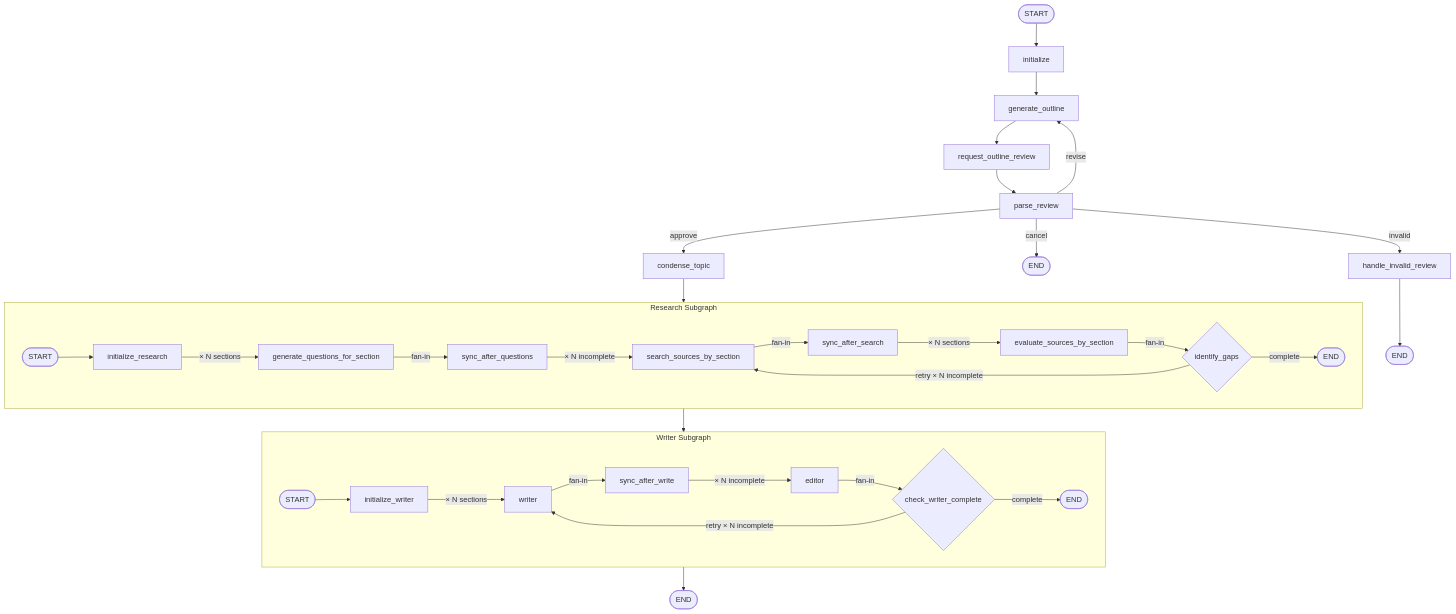
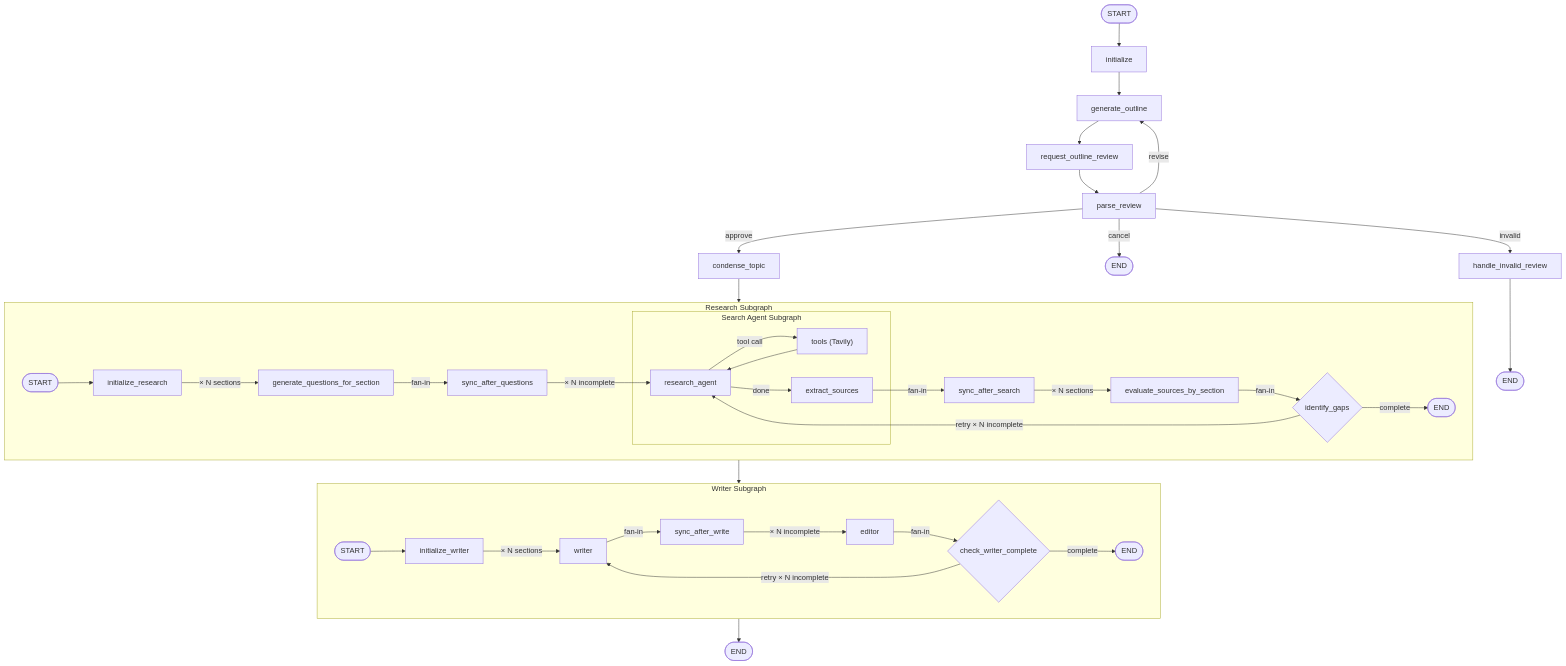
The diagram in README.md (RyanJones8538/langgraph-research-assistant), drawn with Mermaid before and after one commit. The commit also changed 10 other files, not shown here.

Commit message:
Added LLM tooling to search_sources.

````diff
--- a/README.md
+++ b/README.md
@@ -40,41 +40,48 @@
 ```mermaid
 graph TD
     START([START]) --> init[initialize]
     init --> outline[generate_outline]
     outline --> review[request_outline_review]
     review --> parse[parse_review]
 
     parse -->|approve| condense[condense_topic]
     parse -->|revise| outline
     parse -->|cancel| END1([END])
     parse -->|invalid| inv[handle_invalid_review]
     inv --> END2([END])
 
     condense --> R
 
     subgraph R [Research Subgraph]
         r1([START]) --> r2[initialize_research]
         r2 -->|"× N sections"| r3[generate_questions_for_section]
         r3 -->|fan-in| r_sync1[sync_after_questions]
-        r_sync1 -->|"× N incomplete"| r4[search_sources_by_section]
-        r4 -->|fan-in| r_sync2[sync_after_search]
+        r_sync1 -->|"× N incomplete"| sa1
+
+        subgraph SA [Search Agent Subgraph]
+            sa1[research_agent] -->|tool call| sa2["tools (Tavily)"]
+            sa2 --> sa1
+            sa1 -->|done| sa3[extract_sources]
+        end
+
+        sa3 -->|fan-in| r_sync2[sync_after_search]
         r_sync2 -->|"× N sections"| r5[evaluate_sources_by_section]
         r5 -->|fan-in| r6{identify_gaps}
         r6 -->|complete| r7([END])
-        r6 -->|"retry × N incomplete"| r4
+        r6 -->|"retry × N incomplete"| sa1
     end
 
     R --> W
 
     subgraph W [Writer Subgraph]
         w1([START]) --> w2[initialize_writer]
         w2 -->|"× N sections"| w3[writer]
         w3 -->|fan-in| w_sync[sync_after_write]
         w_sync -->|"× N incomplete"| w4[editor]
         w4 -->|fan-in| w5{check_writer_complete}
         w5 -->|complete| w6([END])
         w5 -->|"retry × N incomplete"| w3
     end
 
     W --> END3([END])
 ```
````
